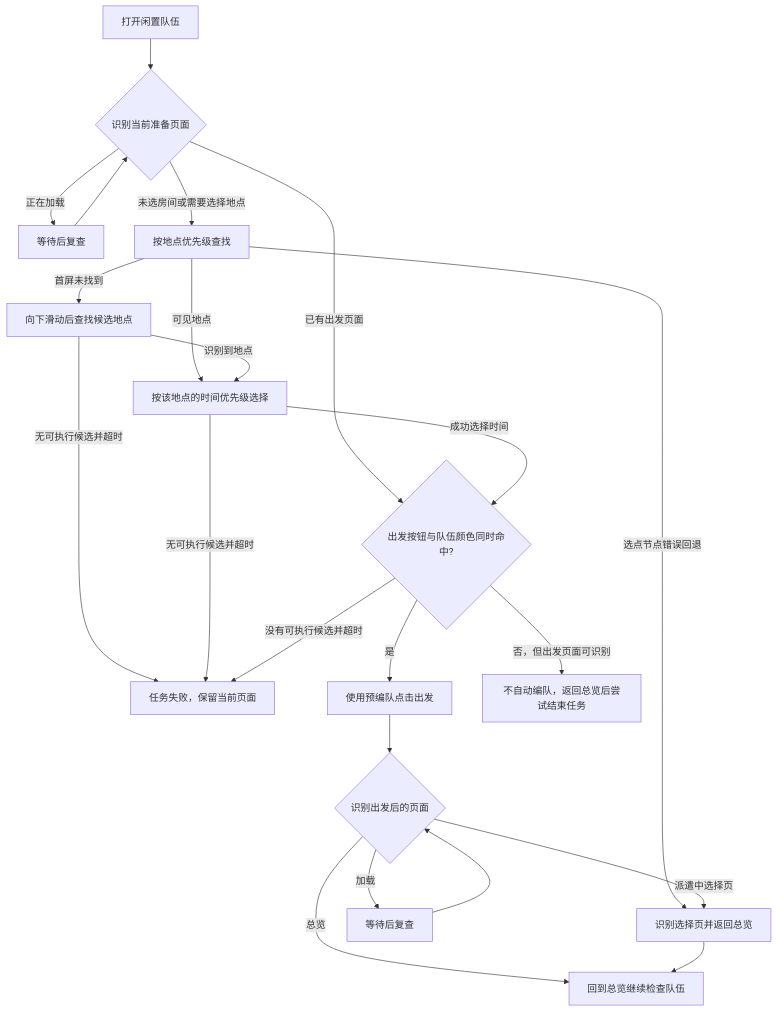
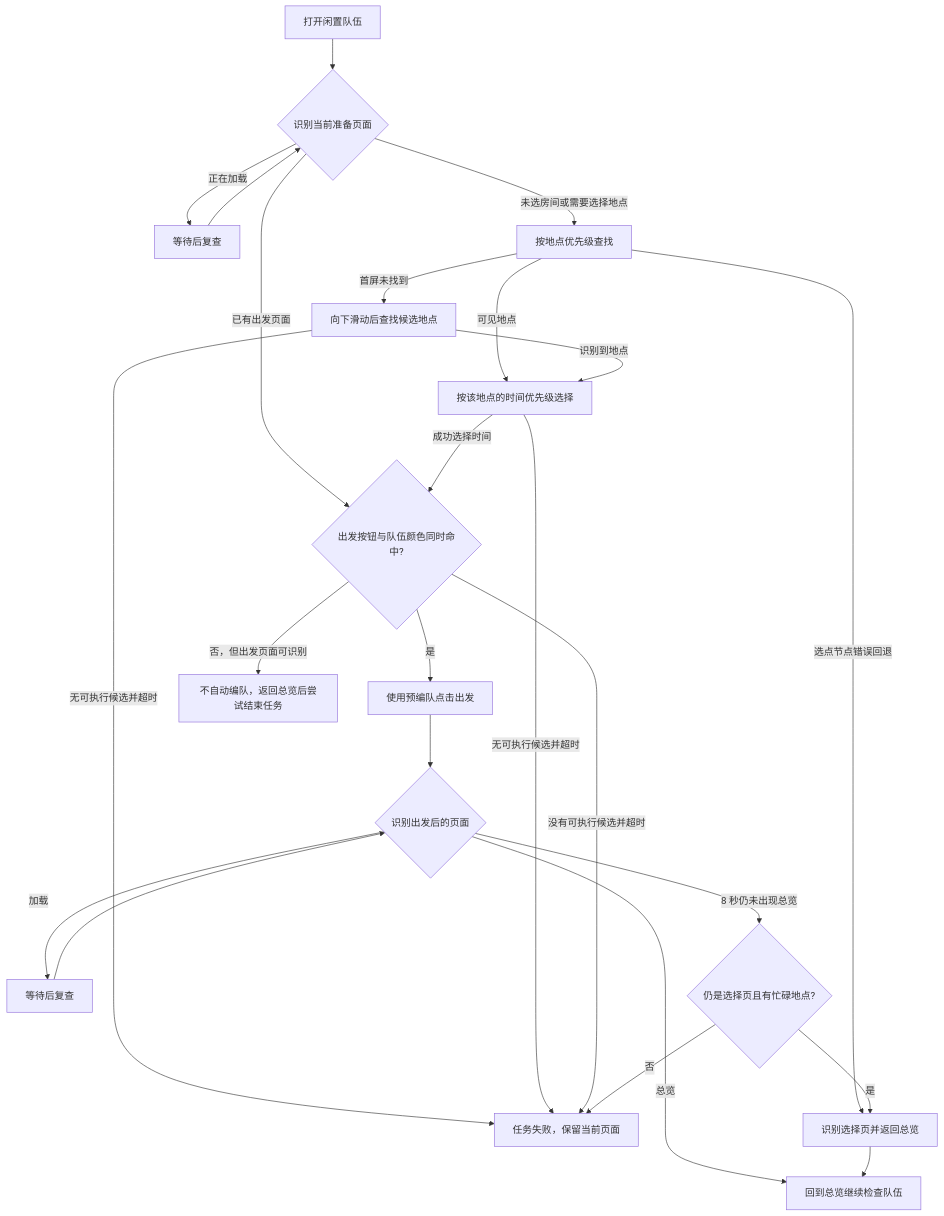
The second of 2 diagrams in docs/zh_cn/tasks/daily_dispatch.md (cccrx1/TKFMaa), drawn with Mermaid before and after one commit. The commit also changed other lines of this file and 2 other files, not shown here.

Commit message:
fix(dispatch): 修复出发后的页面判断与返回

````diff
--- a/docs/zh_cn/tasks/daily_dispatch.md
+++ b/docs/zh_cn/tasks/daily_dispatch.md
@@ -54,24 +54,26 @@
 ```mermaid
 flowchart TD
     Start[打开闲置队伍] --> State{识别当前准备页面}
     State -->|正在加载| Wait[等待后复查]
     Wait --> State
     State -->|未选房间或需要选择地点| Location[按地点优先级查找]
     Location -->|可见地点| Time[按该地点的时间优先级选择]
     Location -->|首屏未找到| Swipe[向下滑动后查找候选地点]
     Swipe -->|识别到地点| Time
     Swipe -->|无可执行候选并超时| Fail
     Location -->|选点节点错误回退| Return[识别选择页并返回总览]
     State -->|已有出发页面| Team{出发按钮与队伍颜色同时命中?}
     Time -->|成功选择时间| Team
     Time -->|无可执行候选并超时| Fail
     Team -->|是| Launch[使用预编队点击出发]
     Team -->|否，但出发页面可识别| Abort[不自动编队，返回总览后尝试结束任务]
     Team -->|没有可执行候选并超时| Fail[任务失败，保留当前页面]
     Launch --> After{识别出发后的页面}
     After -->|加载| Loading[等待后复查]
     Loading --> After
-    After -->|派遣中选择页| Return
+    After -->|8 秒仍未出现总览| Fallback{仍是选择页且有忙碌地点?}
+    Fallback -->|是| Return
+    Fallback -->|否| Fail
     After -->|总览| Scan[回到总览继续检查队伍]
     Return --> Scan
 ```
````
